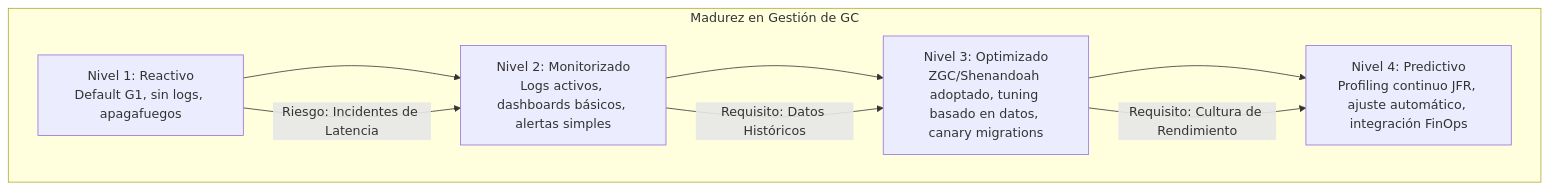
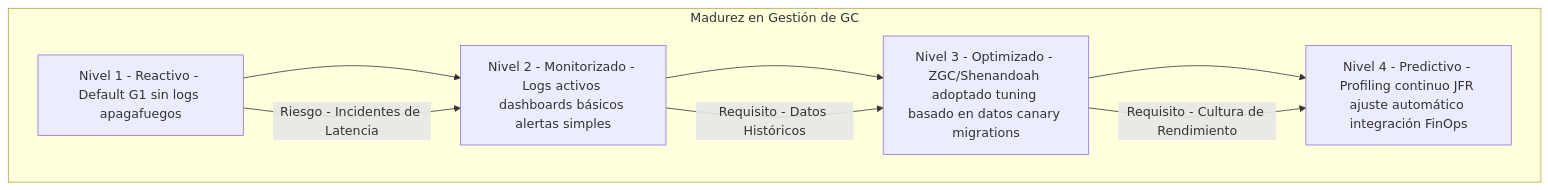
One commit to Joaquinriosheredia/DAM-Java-Mastery changed the fourth of 4 diagrams in 01_Java_Core/garbage_collectors_en_la_jvm_g1_zgc_y_shenandoah_en_produccion_STAFF.md. Above: the diagram before and after it, drawn with Mermaid. The commit also changed other lines of this file, not shown here.

Commit message:
garbage_collectors_en_la_jvm_g1_zgc_y_shenandoah_en_produccion_STAFF.md

````diff
--- a/01_Java_Core/garbage_collectors_en_la_jvm_g1_zgc_y_shenandoah_en_produccion_STAFF.md
+++ b/01_Java_Core/garbage_collectors_en_la_jvm_g1_zgc_y_shenandoah_en_produccion_STAFF.md
@@ -407,13 +481,13 @@
 ```mermaid
 graph TD
     subgraph "Madurez en Gestión de GC"
-        L1[Nivel 1: Reactivo<br>Default G1, sin logs, apagafuegos] --> L2
-        L2[Nivel 2: Monitorizado<br>Logs activos, dashboards básicos, alertas simples] --> L3
-        L3[Nivel 3: Optimizado<br>ZGC/Shenandoah adoptado, tuning basado en datos, canary migrations] --> L4
-        L4[Nivel 4: Predictivo<br>Profiling continuo JFR, ajuste automático, integración FinOps]
+        L1[Nivel 1 - Reactivo - Default G1 sin logs apagafuegos] --> L2
+        L2[Nivel 2 - Monitorizado - Logs activos dashboards básicos alertas simples] --> L3
+        L3[Nivel 3 - Optimizado - ZGC/Shenandoah adoptado tuning basado en datos canary migrations] --> L4
+        L4[Nivel 4 - Predictivo - Profiling continuo JFR ajuste automático integración FinOps]
     end
     
-    L1 -->|Riesgo: Incidentes de Latencia| L2
-    L2 -->|Requisito: Datos Históricos| L3
-    L3 -->|Requisito: Cultura de Rendimiento| L4
+    L1 -->|Riesgo - Incidentes de Latencia| L2
+    L2 -->|Requisito - Datos Históricos| L3
+    L3 -->|Requisito - Cultura de Rendimiento| L4
 ```
````
